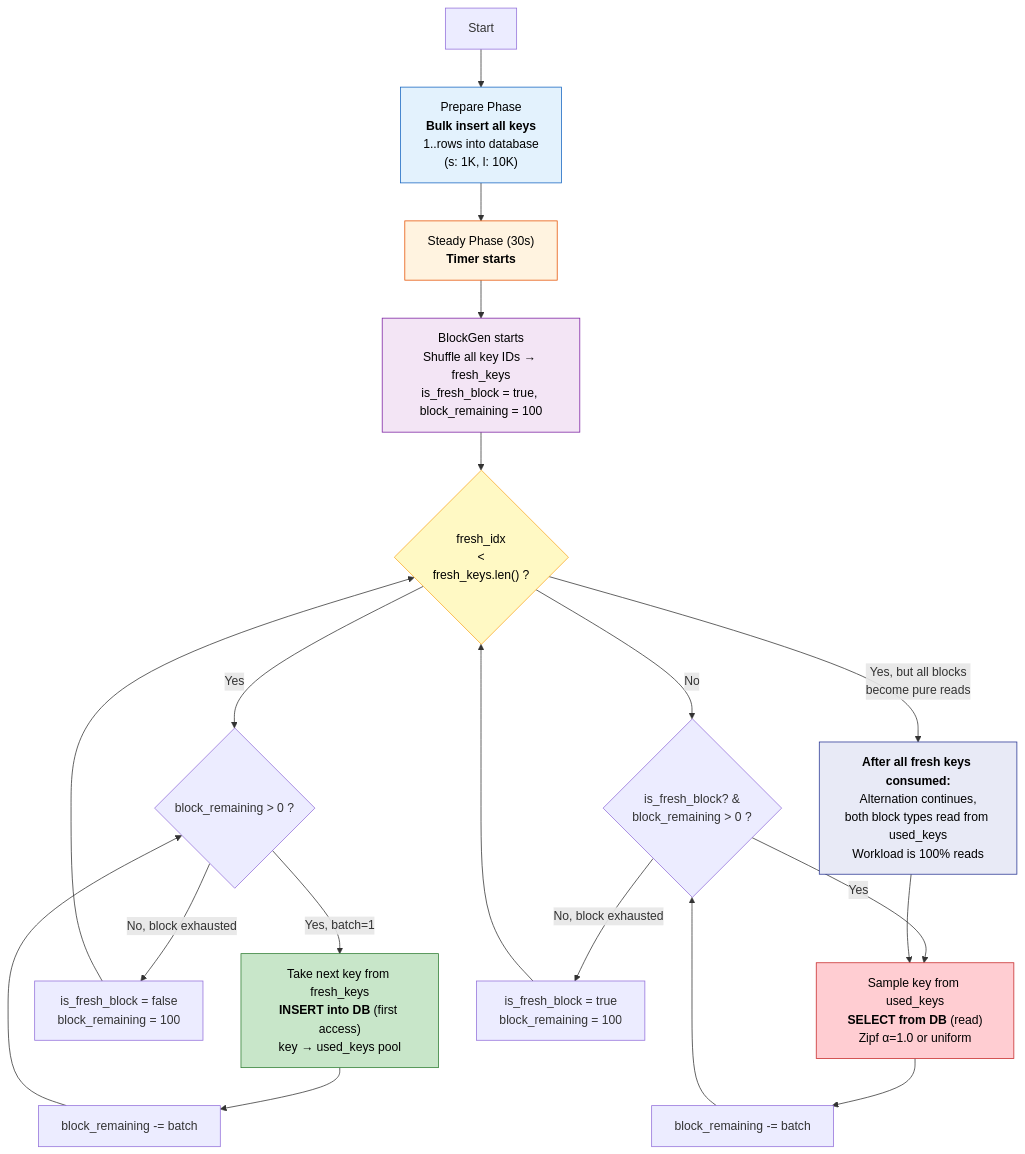
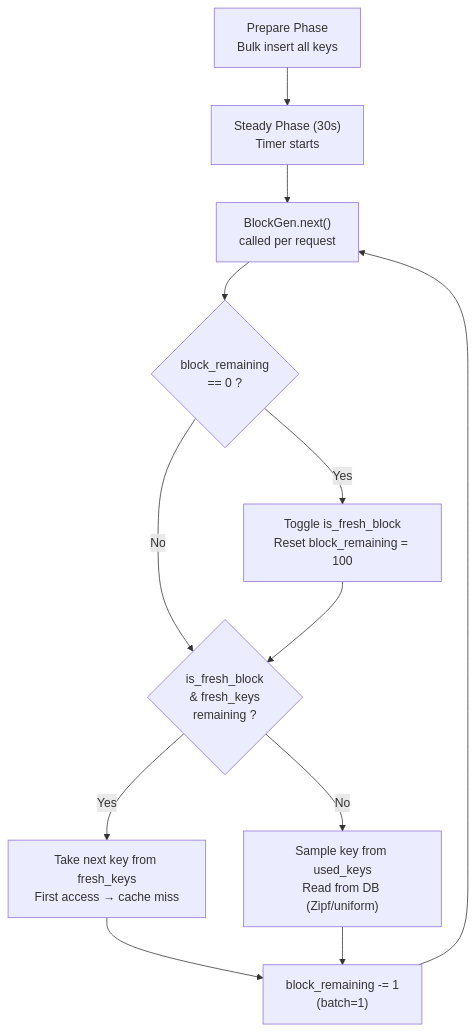
Before and after one commit to minhdangnguyenn/rusty-db: the diagram in flow.md, drawn with Mermaid. The commit also changed other lines of this file, not shown here.

````diff
--- a/flow.md
+++ b/flow.md
@@ -3,46 +3,24 @@
 ```mermaid
-flowchart TD
-    P0["Start"] --> P["Prepare Phase<br/><b>Bulk insert all keys</b><br/>1..rows into database<br/>(s: 1K, l: 10K)"]
+flowchart TB
+    PREPARE["Prepare Phase<br/>Bulk insert all keys"]
+    STEADY["Steady Phase (30s)<br/>Timer starts"]
+    NEXT["BlockGen.next()<br/>called per request"]
+    BLOCK_END{"block_remaining<br/>== 0 ?"}
+    TOGGLE["Toggle is_fresh_block<br/>Reset block_remaining = 100"]
+    FRESH{"is_fresh_block<br/>& fresh_keys<br/>remaining ?"}
+    FRESH_KEY["Take next key from fresh_keys<br/>First access → cache miss"]
+    USED["Sample key from used_keys<br/>Read from DB (Zipf/uniform)"]
+    DEC["block_remaining -= 1<br/>(batch=1)"]
 
-    P --> S["Steady Phase (30s)<br/><b>Timer starts</b>"]
-
-    S --> G["BlockGen starts</br>Shuffle all key IDs → fresh_keys</br>is_fresh_block = true, block_remaining = 100"]
-
-    G --> CHECK{"fresh_idx<br/>&lt;<br/>fresh_keys.len() ?"}
-
-    CHECK -- Yes --> FRESH_BLOCK{"block_remaining &gt; 0 ?"}
-
-    FRESH_BLOCK -- Yes, batch=1 --> FRESH_READ["Take next key from fresh_keys<br/><b>INSERT into DB</b> (first access)<br/>key → used_keys pool"]
-
-    FRESH_READ --> FRESH_DEC[block_remaining -= batch]
-
-    FRESH_DEC --> FRESH_BLOCK
-
-    FRESH_BLOCK -- No, block exhausted --> TOGGLE_F["is_fresh_block = false<br/>block_remaining = 100"]
-
-    TOGGLE_F --> CHECK
-
-    CHECK -- No --> USED_BLOCK{"is_fresh_block? &amp;<br/>block_remaining &gt; 0 ?"}
-
-    USED_BLOCK -- Yes --> USED_READ["Sample key from used_keys<br/><b>SELECT from DB</b> (read)<br/>Zipf α=1.0 or uniform"]
-
-    USED_READ --> USED_DEC[block_remaining -= batch]
-
-    USED_DEC --> USED_BLOCK
-
-    USED_BLOCK -- No, block exhausted --> TOGGLE_U["is_fresh_block = true<br/>block_remaining = 100"]
-
-    TOGGLE_U --> CHECK
-
-    CHECK -- Yes, but all blocks<br/>become pure reads --> LEGACY["<b>After all fresh keys consumed:</b><br/>Alternation continues,<br/>both block types read from used_keys<br/>Workload is 100% reads"]
-
-    LEGACY --> USED_READ
-
-    style P fill:#e3f2fd,stroke:#1565c0,color:#000
-    style S fill:#fff3e0,stroke:#e65100,color:#000
-    style G fill:#f3e5f5,stroke:#7b1fa2,color:#000
-    style CHECK fill:#fff9c4,stroke:#f9a825,color:#000
-    style FRESH_READ fill:#c8e6c9,stroke:#2e7d32,color:#000
-    style USED_READ fill:#ffcdd2,stroke:#c62828,color:#000
-    style LEGACY fill:#e8eaf6,stroke:#283593,color:#000
+    PREPARE --> STEADY
+    STEADY --> NEXT
+    NEXT --> BLOCK_END
+    BLOCK_END -- Yes --> TOGGLE
+    BLOCK_END -- No --> FRESH
+    TOGGLE --> FRESH
+    FRESH -- Yes --> FRESH_KEY
+    FRESH -- No --> USED
+    FRESH_KEY --> DEC
+    USED --> DEC
+    DEC --> NEXT
 ```
````
